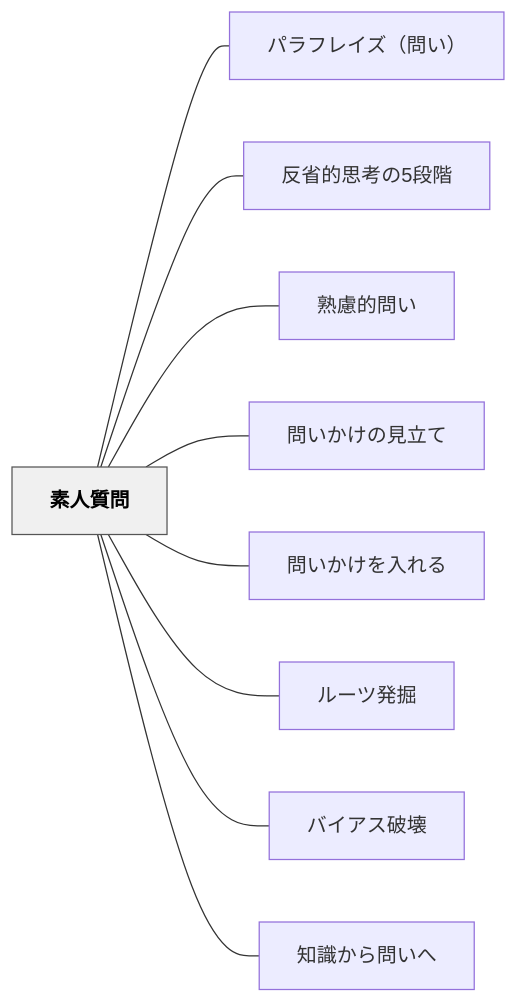
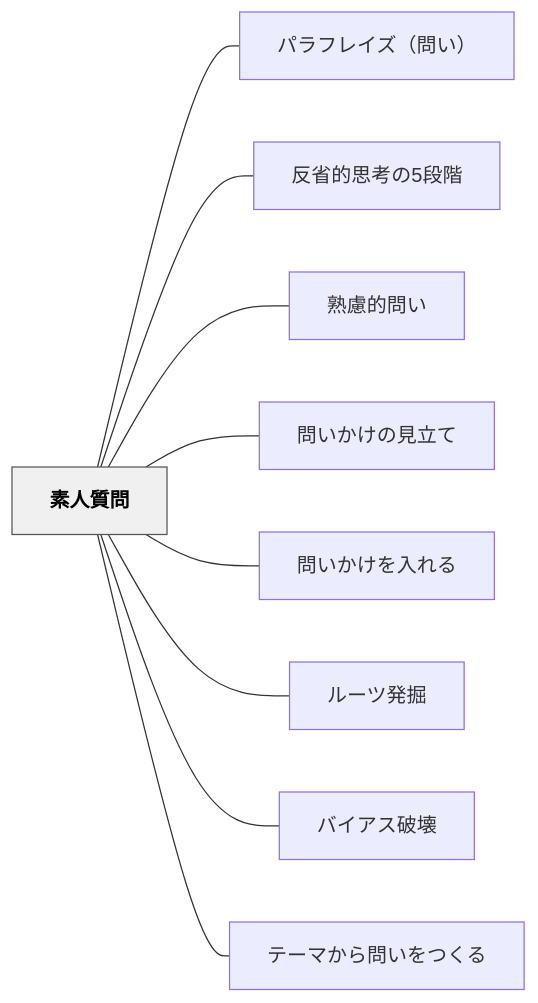
Before and after one commit to unknownthings-ed-patterns/unknownthings-ed-patterns: the diagram in content/パタン/素人質問.md, drawn with Mermaid. The commit also changed other lines of this file and 2 other files, not shown here.

Commit message:
auto: Obsidianから同期 2026-06-13 15:52

````diff
--- a/content/パタン/素人質問.md
+++ b/content/パタン/素人質問.md
@@ -70,24 +70,24 @@
 ```mermaid
 flowchart LR
     ne7b4a0e4babae8b3aae5958f["素人質問"]
     ne38391e383a9e38395e383ace382a4e382baefbc88e5958fe38184efbc89["パラフレイズ（問い）"]
     ne58f8de79c81e79a84e6809de88083e381ae35e6aeb5e99a8e["反省的思考の5段階"]
     ne7869fe685aee79a84e5958fe38184["熟慮的問い"]
     ne5958fe38184e3818be38191e381aee8a68be7ab8be381a6["問いかけの見立て"]
     ne5958fe38184e3818be38191e38292e585a5e3828ce3828b["問いかけを入れる"]
     ne383abe383bce38384e799bae68e98["ルーツ発掘"]
     ne38390e382a4e382a2e382b9e7a0b4e5a38a["バイアス破壊"]
-    ne79fa5e8ad98e3818be38289e5958fe38184e381b8["知識から問いへ"]
+    ne38386e383bce3839ee3818be38289e5958fe38184e38292e381a4e3818fe3828b["テーマから問いをつくる"]
 
     ne7b4a0e4babae8b3aae5958f --- ne38391e383a9e38395e383ace382a4e382baefbc88e5958fe38184efbc89
     ne7b4a0e4babae8b3aae5958f --- ne58f8de79c81e79a84e6809de88083e381ae35e6aeb5e99a8e
     ne7b4a0e4babae8b3aae5958f --- ne7869fe685aee79a84e5958fe38184
     ne7b4a0e4babae8b3aae5958f --- ne5958fe38184e3818be38191e381aee8a68be7ab8be381a6
     ne7b4a0e4babae8b3aae5958f --- ne5958fe38184e3818be38191e38292e585a5e3828ce3828b
     ne7b4a0e4babae8b3aae5958f --- ne383abe383bce38384e799bae68e98
     ne7b4a0e4babae8b3aae5958f --- ne38390e382a4e382a2e382b9e7a0b4e5a38a
-    ne7b4a0e4babae8b3aae5958f --- ne79fa5e8ad98e3818be38289e5958fe38184e381b8
+    ne7b4a0e4babae8b3aae5958f --- ne38386e383bce3839ee3818be38289e5958fe38184e38292e381a4e3818fe3828b
 
     classDef hub fill:#f0f0f0,stroke:#555,color:#000,font-weight:bold
     class ne7b4a0e4babae8b3aae5958f hub
 ```
````
